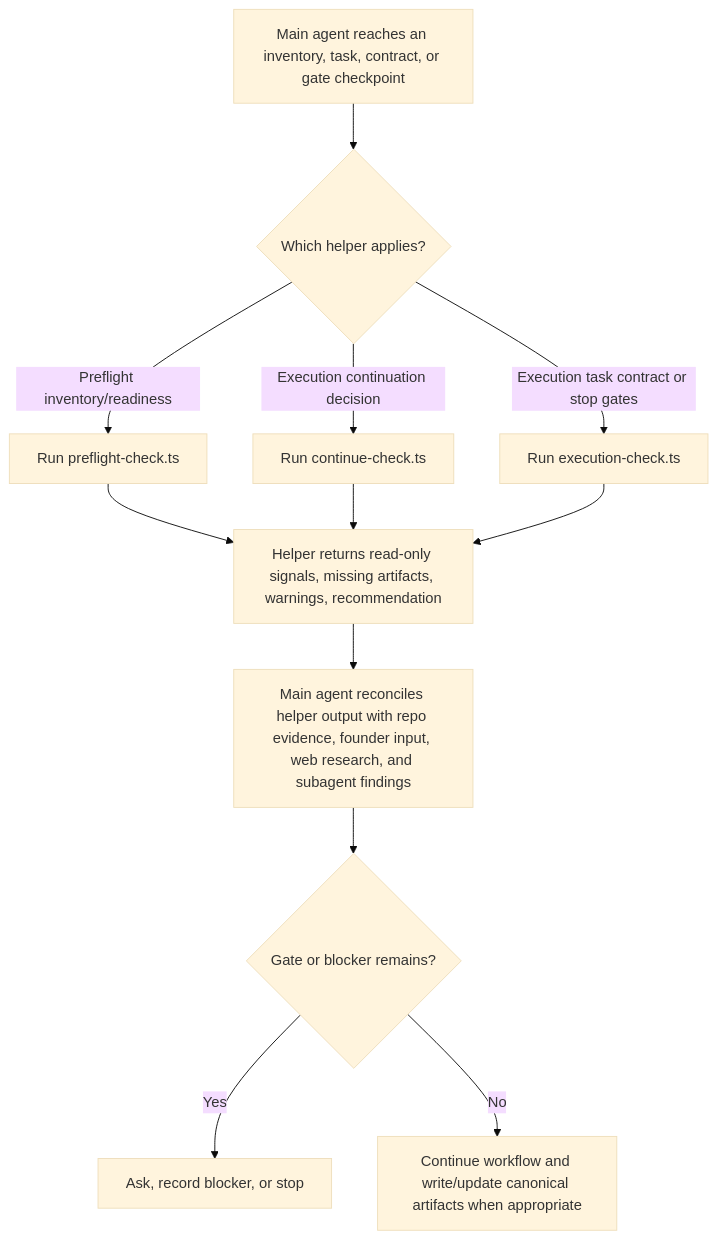
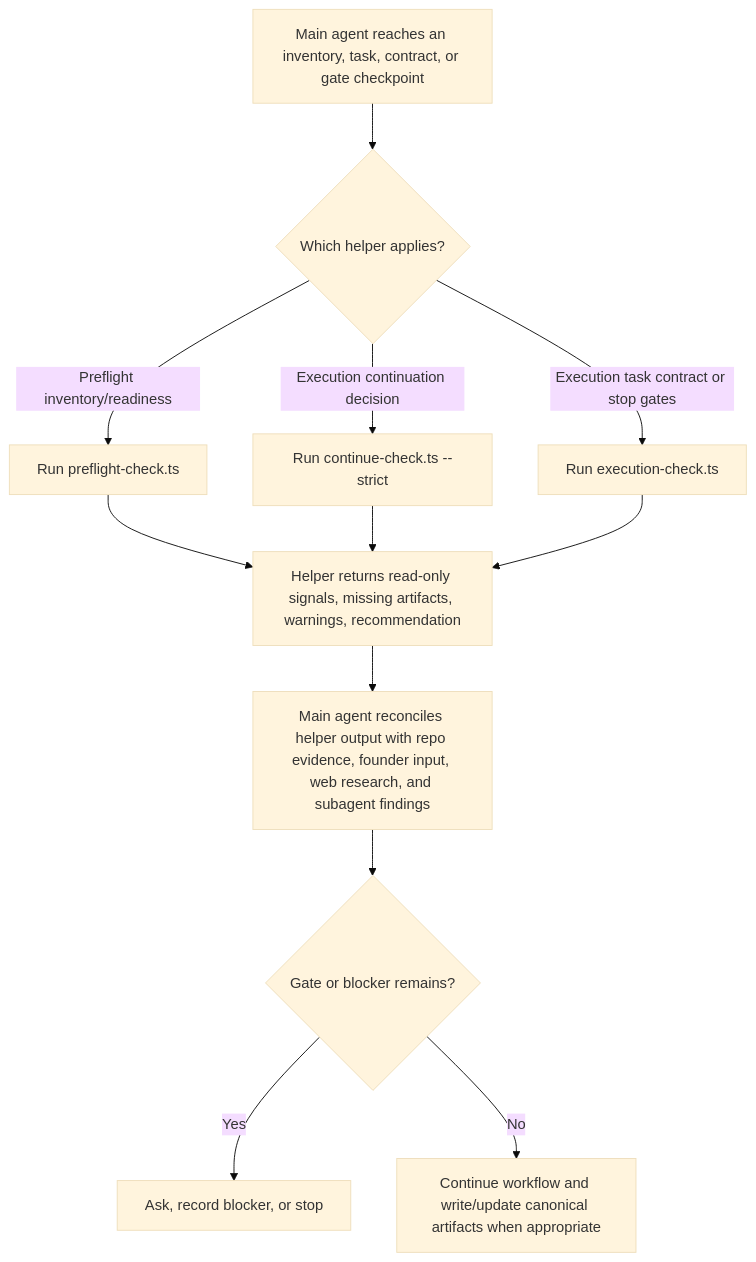
The eighth of 10 diagrams in agent-skills-flow-diagrams.md (pax-k/build-right), drawn with Mermaid (base theme) before and after one commit. The commit also changed other lines of this file and 8 other files, not shown here.

Commit message:
continue-check

````diff
--- a/agent-skills-flow-diagrams.md
+++ b/agent-skills-flow-diagrams.md
@@ -272,18 +274,18 @@
 ```mermaid
 flowchart TD
   A["Main agent reaches an inventory, task, contract, or gate checkpoint"] --> B{"Which helper applies?"}
 
   B -->|"Preflight inventory/readiness"| C["Run preflight-check.ts"]
-  B -->|"Execution continuation decision"| D["Run continue-check.ts"]
+  B -->|"Execution continuation decision"| D["Run continue-check.ts --strict"]
   B -->|"Execution task contract or stop gates"| D1["Run execution-check.ts"]
 
   C --> E["Helper returns read-only signals, missing artifacts, warnings, recommendation"]
   D --> E
   D1 --> E
 
   E --> F["Main agent reconciles helper output with repo evidence, founder input, web research, and subagent findings"]
   F --> G{"Gate or blocker remains?"}
 
   G -->|"Yes"| H["Ask, record blocker, or stop"]
   G -->|"No"| I["Continue workflow and write/update canonical artifacts when appropriate"]
 ```
````
